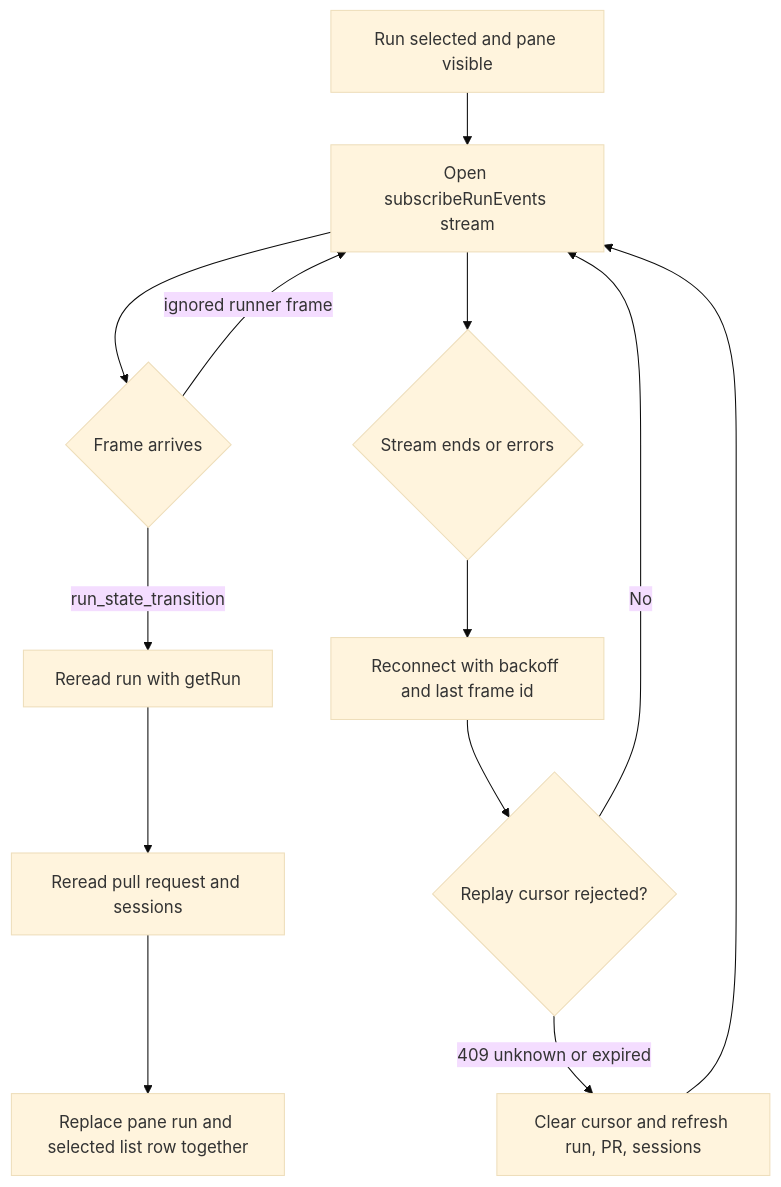
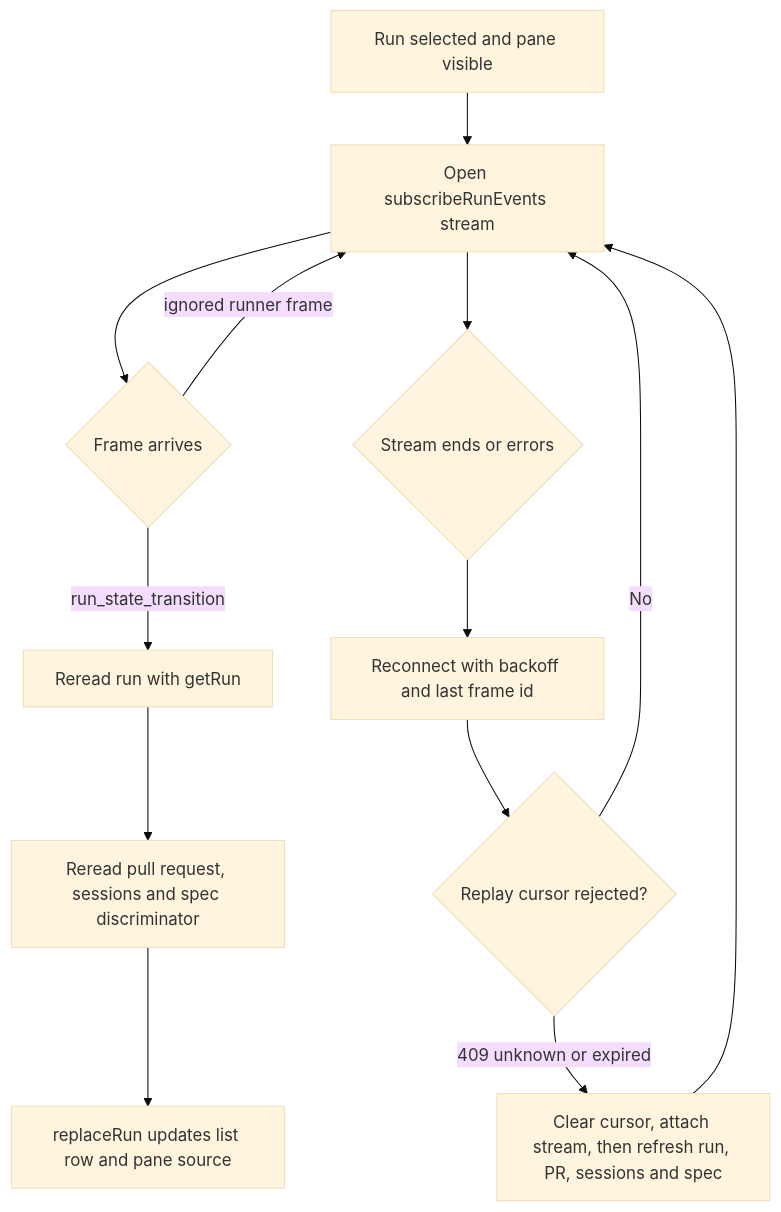
The third of 6 diagrams in context-human/specs/feature-run-detail-pane.md (markdstafford/autocatalyst), drawn with Mermaid (base theme) before and after one commit. The commit also changed other lines of this file, not shown here.

Commit message:
docs: revise feature spec run-detail-pane

````diff
--- a/context-human/specs/feature-run-detail-pane.md
+++ b/context-human/specs/feature-run-detail-pane.md
@@ -125,15 +125,15 @@
 ```mermaid
 graph TD
     A[Run selected and pane visible] --> B[Open subscribeRunEvents stream]
     B --> C{Frame arrives}
     C -->|run_state_transition| D[Reread run with getRun]
-    D --> E[Reread pull request and sessions]
-    E --> F[Replace pane run and selected list row together]
+    D --> E[Reread pull request, sessions and spec discriminator]
+    E --> F[replaceRun updates list row and pane source]
     C -->|ignored runner frame| B
     B --> G{Stream ends or errors}
     G --> H[Reconnect with backoff and last frame id]
     H --> I{Replay cursor rejected?}
-    I -->|409 unknown or expired| J[Clear cursor and refresh run, PR, sessions]
+    I -->|409 unknown or expired| J[Clear cursor, attach stream, then refresh run, PR, sessions and spec]
     J --> B
     I -->|No| B
 ```
````
